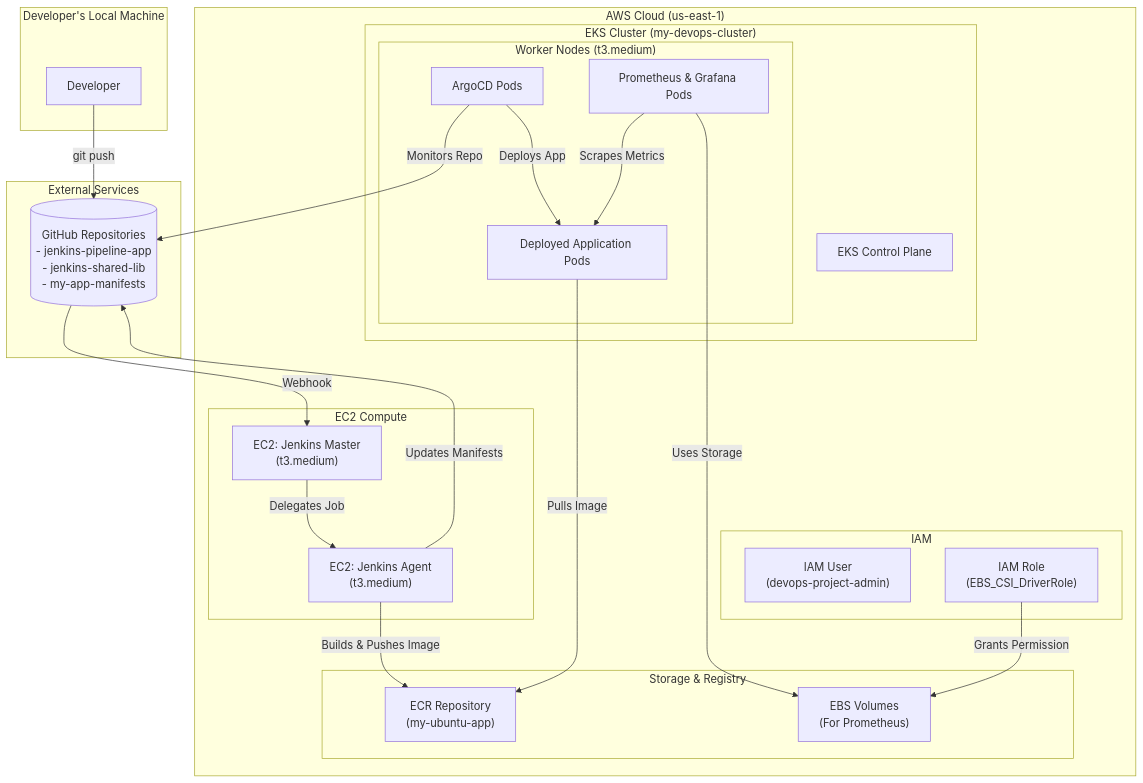
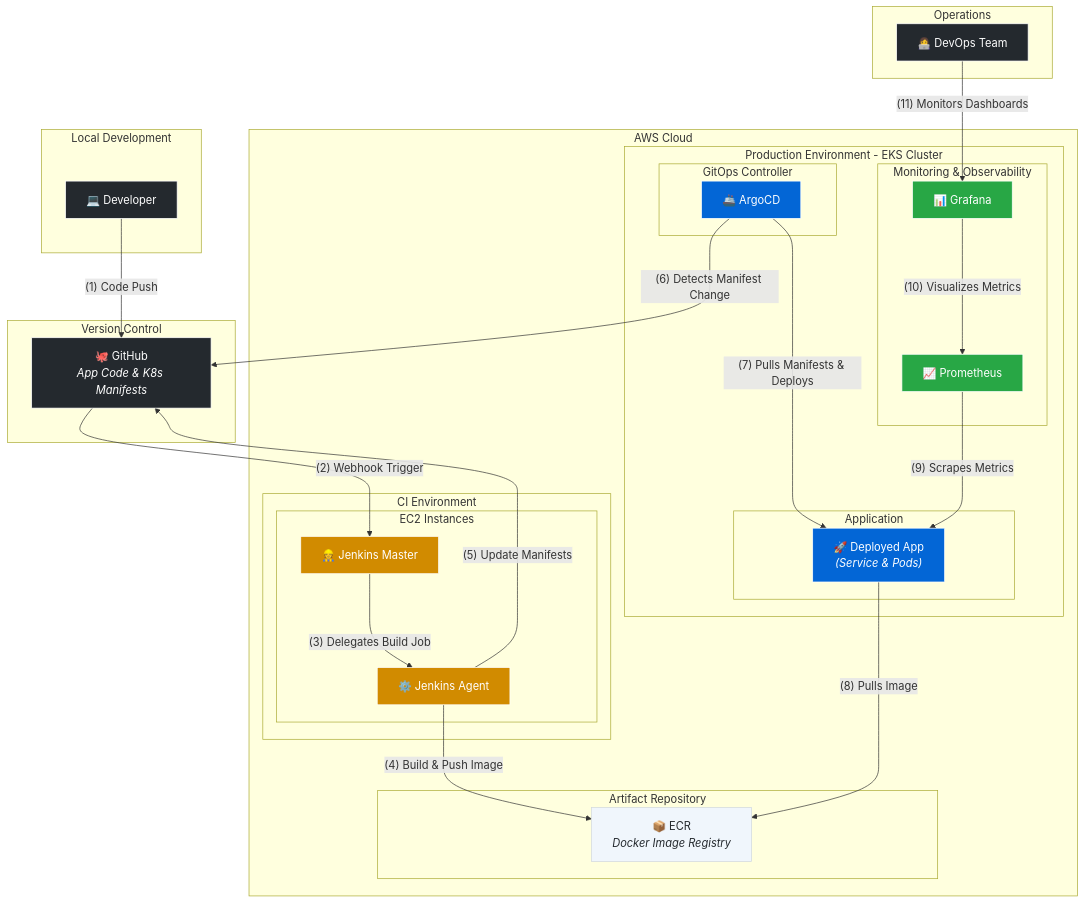
Before and after one commit to ztr1566/jenkins-pipeline-app: the diagram in README.md, drawn with Mermaid. The commit also changed other lines of this file, not shown here.

````diff
--- a/README.md
+++ b/README.md
@@ -6,49 +6,67 @@
 ```mermaid
 graph TD
-    subgraph "Developer's Local Machine"
-        dev[Developer]
+    subgraph "Local Development"
+        A["💻 Developer"]
     end
 
-    subgraph "External Services"
-        github[("GitHub Repositories<br>- jenkins-pipeline-app<br>- jenkins-shared-lib<br>- my-app-manifests")]
+    subgraph "Version Control"
+        B["🐙 GitHub<br><i>App Code & K8s Manifests</i>"]
     end
 
-    subgraph "AWS Cloud (us-east-1)"
-        subgraph "IAM"
-            iam_user["IAM User<br>(devops-project-admin)"]
-            iam_role["IAM Role<br>(EBS_CSI_DriverRole)"]
-        end
-
-        subgraph "EC2 Compute"
-            jenkins_master["EC2: Jenkins Master<br>(t3.medium)"]
-            jenkins_agent["EC2: Jenkins Agent<br>(t3.medium)"]
-        end
-
-        subgraph "EKS Cluster (my-devops-cluster)"
-            eks_cp["EKS Control Plane"]
-            subgraph "Worker Nodes (t3.medium)"
-                argo["ArgoCD Pods"]
-                monitoring["Prometheus & Grafana Pods"]
-                app["Deployed Application Pods"]
+    subgraph "AWS Cloud"
+        subgraph "CI Environment"
+            subgraph "EC2 Instances"
+                C["👷 Jenkins Master"]
+                D["⚙️ Jenkins Agent"]
             end
         end
 
-        subgraph "Storage & Registry"
-            ecr["ECR Repository<br>(my-ubuntu-app)"]
-            ebs["EBS Volumes<br>(For Prometheus)"]
+        subgraph "Artifact Repository"
+            E["📦 ECR<br><i>Docker Image Registry</i>"]
+        end
+
+        subgraph "Production Environment - EKS Cluster"
+            subgraph "GitOps Controller"
+                F["🚢 ArgoCD"]
+            end
+            subgraph "Application"
+                 G["🚀 Deployed App<br><i>(Service & Pods)</i>"]
+            end
+            subgraph "Monitoring & Observability"
+                H["📈 Prometheus"]
+                I["📊 Grafana"]
+            end
         end
     end
 
-    dev -- "git push" --> github
-    github -- "Webhook" --> jenkins_master
-    jenkins_master -- "Delegates Job" --> jenkins_agent
-    jenkins_agent -- "Builds & Pushes Image" --> ecr
-    jenkins_agent -- "Updates Manifests" --> github
-    argo -- "Monitors Repo" --> github
-    argo -- "Deploys App" --> app
-    app -- "Pulls Image" --> ecr
-    monitoring -- "Scrapes Metrics" --> app
-    monitoring -- "Uses Storage" --> ebs
-    iam_role -- "Grants Permission" --> ebs
+    subgraph "Operations"
+        J["👩‍💻 DevOps Team"]
+    end
+
+    %% Workflow
+    A -- "(1) Code Push" --> B
+    B -- "(2) Webhook Trigger" --> C
+    C -- "(3) Delegates Build Job" --> D
+    D -- "(4) Build & Push Image" --> E
+    D -- "(5) Update Manifests" --> B
+    F -- "(6) Detects Manifest Change" --> B
+    F -- "(7) Pulls Manifests & Deploys" --> G
+    G -- "(8) Pulls Image" --> E
+    H -- "(9) Scrapes Metrics" --> G
+    I -- "(10) Visualizes Metrics" --> H
+    J -- "(11) Monitors Dashboards" --> I
+
+    %% Styling
+    classDef dev fill:#24292e,color:#fff,stroke:#fff,stroke-width:1px
+    classDef aws fill:#f0f6fc,color:#24292e,stroke:#d0d7de
+    classDef ci fill:#d18b00,color:#fff,stroke:#fff,stroke-width:1px
+    classDef cd fill:#0366d6,color:#fff,stroke:#fff,stroke-width:1px
+    classDef mon fill:#28a745,color:#fff,stroke:#fff,stroke-width:1px
+
+    class A,B,J dev
+    class C,D ci
+    class E aws
+    class F,G cd
+    class H,I mon
 
 ```
````
